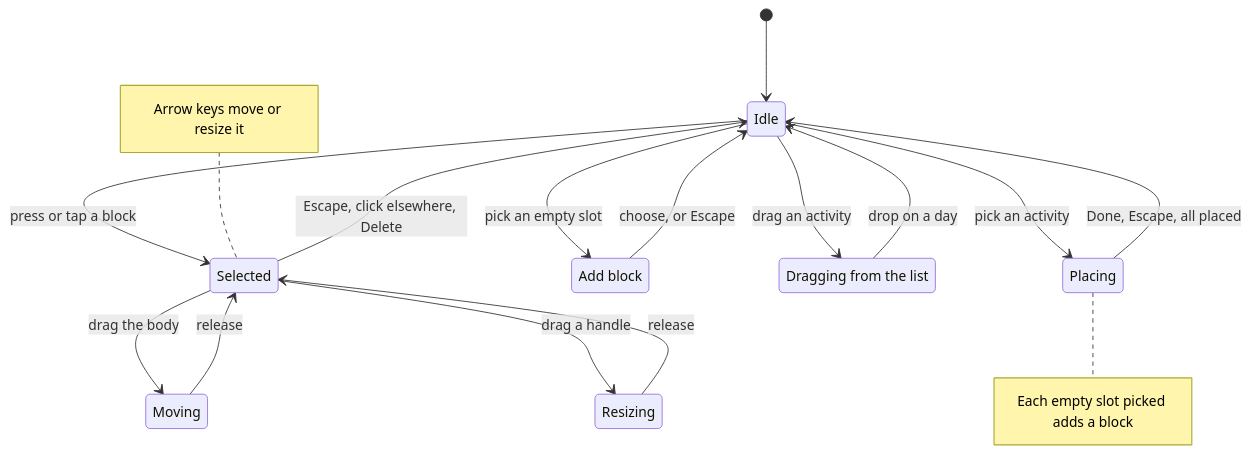
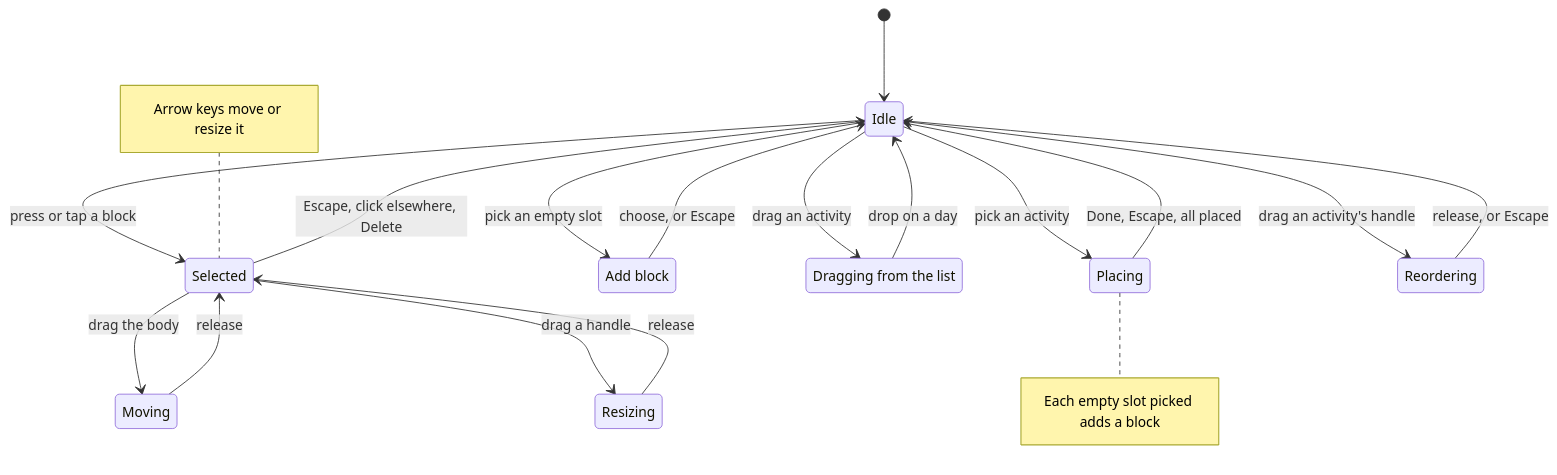
Before and after one commit to SantaClaas/week-budget-planner: the diagram in docs/spec/interactions.md, drawn with Mermaid. The commit also changed other lines of this file and 11 other files, not shown here.

First line of the commit message:
Reorder activities with a drag handle and the arrow keys

````diff
--- a/docs/spec/interactions.md
+++ b/docs/spec/interactions.md
@@ -7,24 +7,26 @@
 ```mermaid
 stateDiagram-v2
   [*] --> Idle
   Idle --> Placing : pick an activity
   Placing --> Idle : Done, Escape, all placed
   Idle --> AddBlock : pick an empty slot
   AddBlock --> Idle : choose, or Escape
   Idle --> FromList : drag an activity
   FromList --> Idle : drop on a day
   Idle --> Selected : press or tap a block
   Selected --> Idle : Escape, click elsewhere, Delete
   Selected --> Moving : drag the body
   Moving --> Selected : release
   Selected --> Resizing : drag a handle
   Resizing --> Selected : release
+  Idle --> Reordering : drag an activity's handle
+  Reordering --> Idle : release, or Escape
   AddBlock : Add block
   FromList : Dragging from the list
   note right of Placing
     Each empty slot picked adds a block
   end note
   note left of Selected
     Arrow keys move or resize it
   end note
 ```
````
